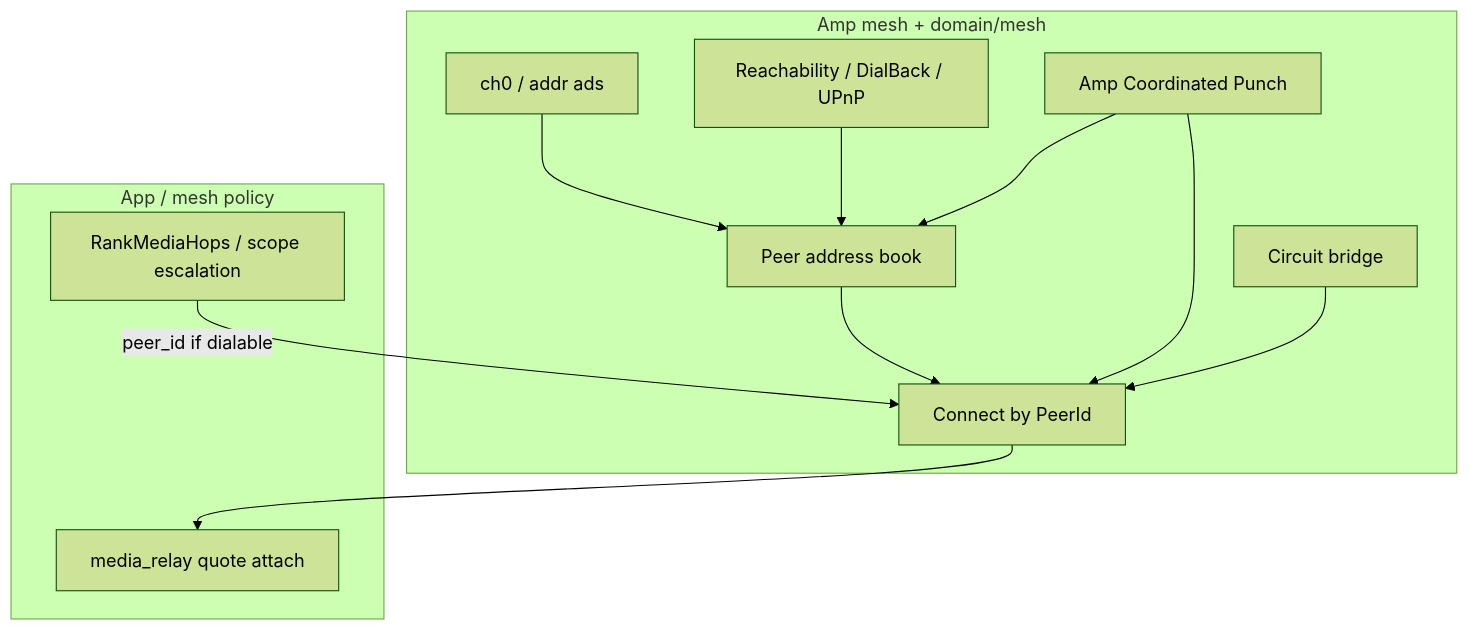
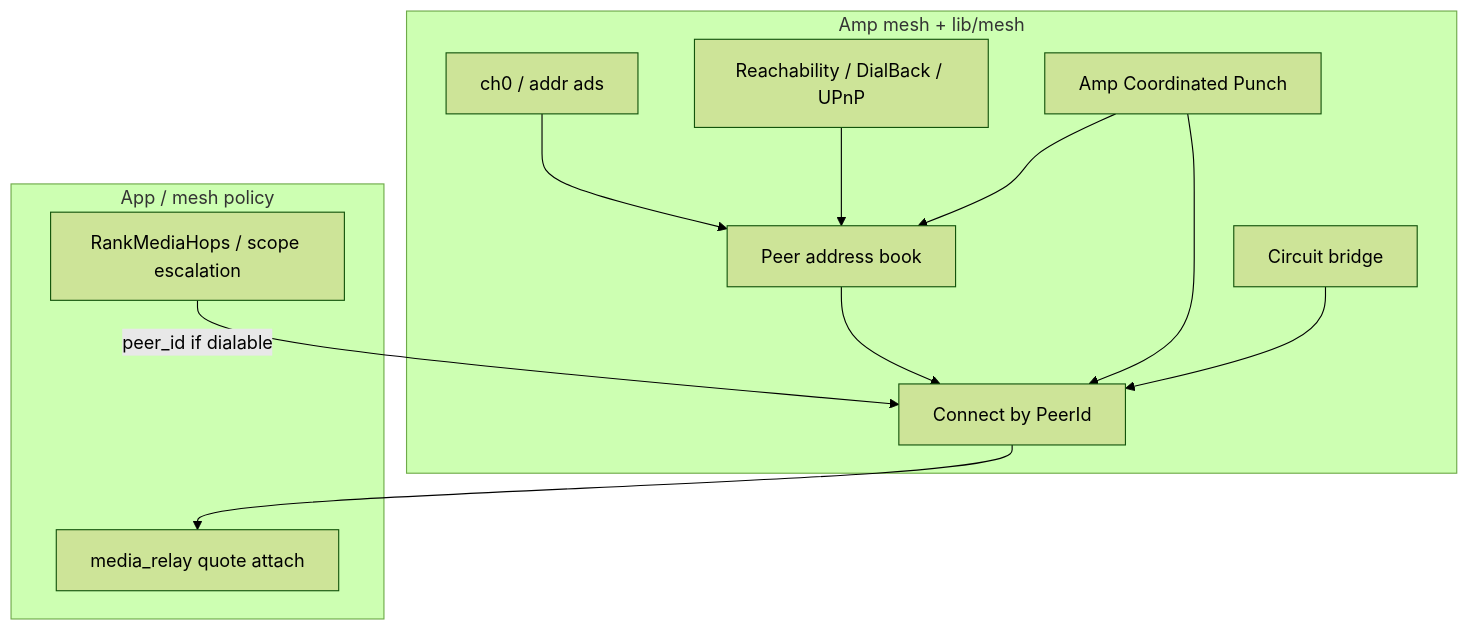
One commit to people-post/pp-browser changed the diagram in projects/media-hop-reachability/DESIGN.md. Above: the diagram before and after it, drawn with Mermaid (forest theme). The commit also changed other lines of this file and 1452 other files, not shown here.

First line of the commit message:
Rename src/domain to src/lib (pp_domain_* -> pp_lib_*)

````diff
--- a/projects/media-hop-reachability/DESIGN.md
+++ b/projects/media-hop-reachability/DESIGN.md
@@ -16,23 +16,23 @@
 ```mermaid
 flowchart TB
-  subgraph stack [Amp mesh + domain/mesh]
+  subgraph stack [Amp mesh + lib/mesh]
     Ch0[ch0 / addr ads]
     Book[Peer address book]
     Reach[Reachability / DialBack / UPnP]
     Punch[Amp Coordinated Punch]
     Circuit[Circuit bridge]
     Dial[Connect by PeerId]
   end
   subgraph product [App / mesh policy]
     Rank[RankMediaHops / scope escalation]
     Media[media_relay quote attach]
   end
   Ch0 --> Book
   Reach --> Book
   Punch --> Book
   Book --> Dial
   Punch --> Dial
   Circuit --> Dial
   Rank -->|"peer_id if dialable"| Dial
   Dial --> Media
 ```
````
